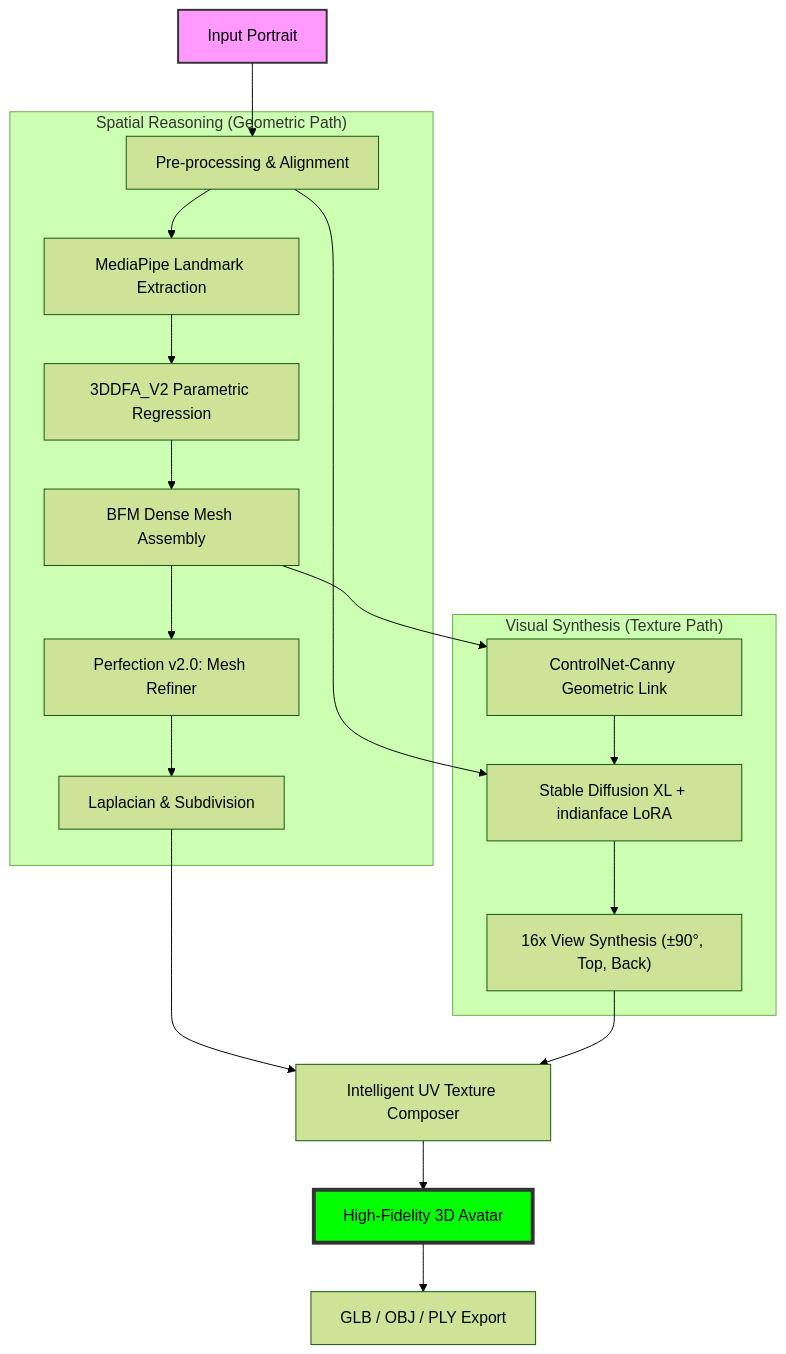
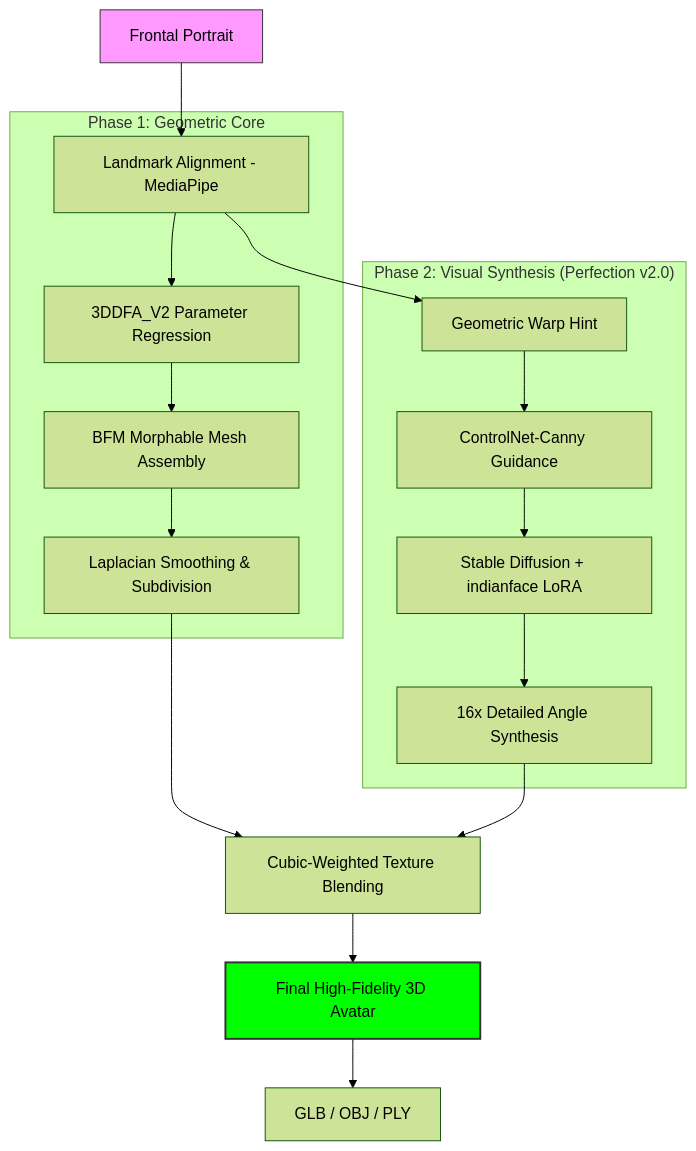
One commit to Dhruvil1308/Single-Image-to-Stylized-3D changed the first of 2 diagrams in README.md. Above: the diagram before and after it, drawn with Mermaid (forest theme). The commit also changed other lines of this file, not shown here.

Commit message:
docs: final definitive README overhaul with library rationales and ML deep dives

````diff
--- a/README.md
+++ b/README.md
@@ -20,31 +23,29 @@
 ```mermaid
 graph TD
-    %% Input
-    INPUT[Input Portrait] --> PRE[Pre-processing & Alignment]
+    %% Input Layer
+    INPUT[Frontal Portrait] --> ALIGN[Landmark Alignment - MediaPipe]
     
-    subgraph "Spatial Reasoning (Geometric Path)"
-        PRE --> DET[MediaPipe Landmark Extraction]
-        DET --> RECON[3DDFA_V2 Parametric Regression]
-        RECON --> BFM_GEN[BFM Dense Mesh Assembly]
-        BFM_GEN --> REFINE[Perfection v2.0: Mesh Refiner]
-        REFINE --> SMOOTH[Laplacian & Subdivision]
+    subgraph "Phase 1: Geometric Core"
+    ALIGN --> REG[3DDFA_V2 Parameter Regression]
+    REG --> MESH[BFM Morphable Mesh Assembly]
+    MESH --> SMOOTH[Laplacian Smoothing & Subdivision]
     end
     
-    subgraph "Visual Synthesis (Texture Path)"
-        PRE --> SD_GEN[Stable Diffusion XL + indianface LoRA]
-        BFM_GEN --> CN_HINT[ControlNet-Canny Geometric Link]
-        CN_HINT --> SD_GEN
-        SD_GEN --> MV_GEN["16x View Synthesis (±90°, Top, Back)"]
+    subgraph "Phase 2: Visual Synthesis (Perfection v2.0)"
+    ALIGN --> HINT[Geometric Warp Hint]
+    HINT --> CN[ControlNet-Canny Guidance]
+    CN --> DIFF[Stable Diffusion + indianface LoRA]
+    DIFF --> VIEWS["16x Detailed Angle Synthesis"]
     end
     
-    %% Blending
-    SMOOTH --> COMP[Intelligent UV Texture Composer]
-    MV_GEN --> COMP
+    %% Blending Layer
+    SMOOTH --> TEX[Cubic-Weighted Texture Blending]
+    VIEWS --> TEX
     
     %% Output
-    COMP --> FINAL[High-Fidelity 3D Avatar]
-    FINAL --> EXPORT[GLB / OBJ / PLY Export]
+    TEX --> FINAL[Final High-Fidelity 3D Avatar]
+    FINAL --> OUT[GLB / OBJ / PLY]
 
-    style INPUT fill:#f9f,stroke:#333,stroke-width:2px
-    style FINAL fill:#00ff00,stroke:#333,stroke-width:4px
+    style INPUT fill:#f9f,stroke:#333
+    style FINAL fill:#00ff00,stroke:#333,stroke-width:2px
 ```
````
